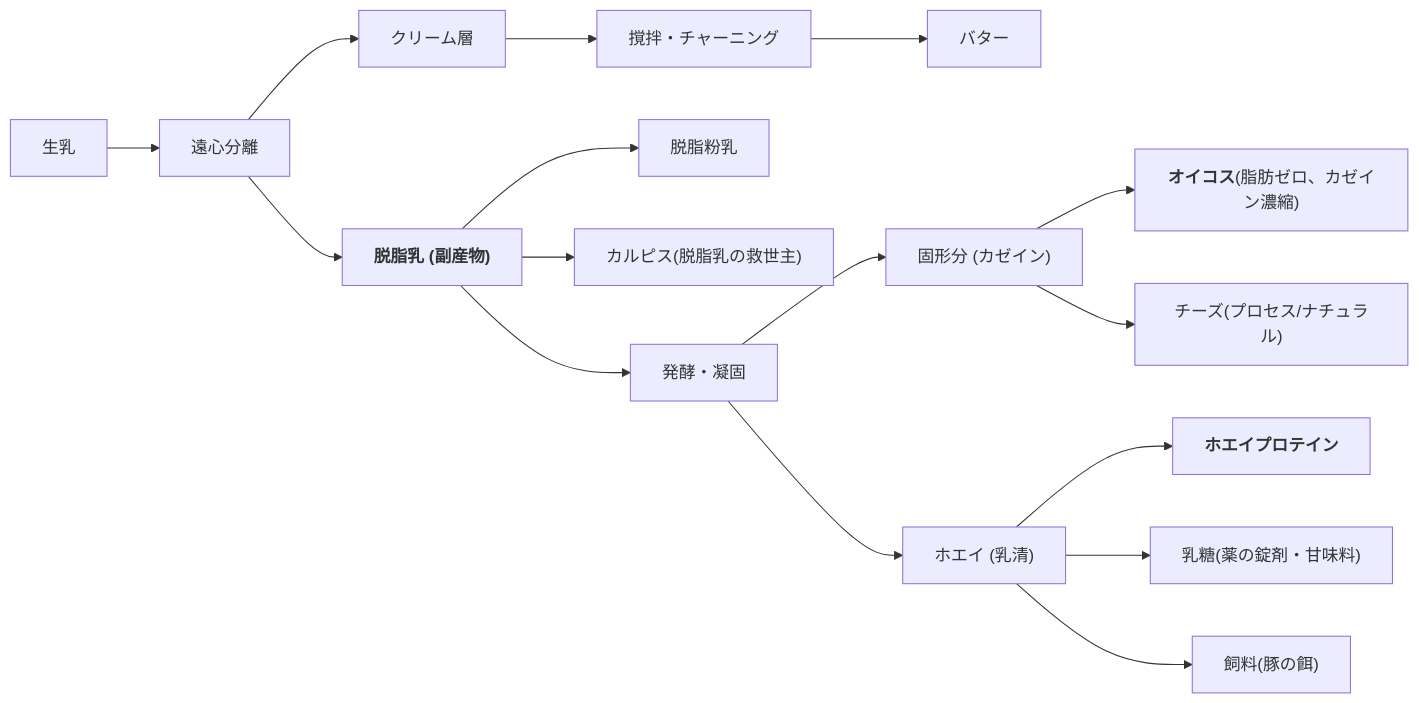
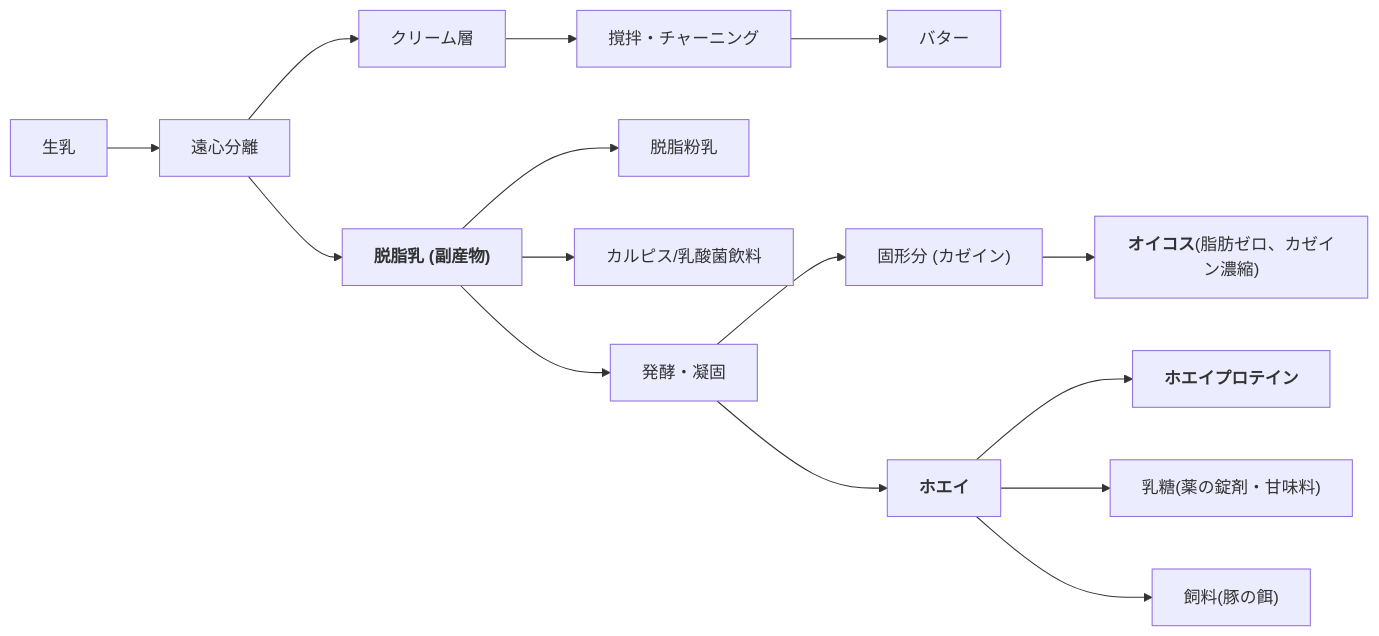
The first of 2 diagrams in README.md (ussyi-git/-), drawn with Mermaid before and after one commit.

````diff
--- a/README.md
+++ b/README.md
@@ -1,24 +1,23 @@
 ```mermaid
 graph LR
 Milk["生乳"]-->Separator["遠心分離"]
 %% --- クリーム側の流れ ---
 Separator-->Cream["クリーム層"]
 Cream-->ButterProcess["撹拌・チャーニング"]
 ButterProcess-->Butter["バター"]
 %% --- 脱脂乳側の流れ ---
 Separator-->SkimMilk["<b>脱脂乳 (副産物)</b>"]
 %% そのまま加工
 SkimMilk-->Powder["脱脂粉乳"]
-SkimMilk-->Calpis["カルピス(脱脂乳の救世主)"]
+SkimMilk-->Calpis["カルピス/乳酸菌飲料"]
 %% 発酵プロセスへ
 SkimMilk-->Ferment["発酵・凝固"]
 %% 固形分（カゼイン）の行方
 Ferment-->Curd["固形分 (カゼイン)"]
 Curd-->Oikos["<b>オイコス</b>(脂肪ゼロ、カゼイン濃縮)"]
-Curd-->Cheese["チーズ(プロセス/ナチュラル)"]
 %% 液体（ホエイ）の行方
-Ferment-->Whey["ホエイ (乳清)"]
+Ferment-->Whey["<b>ホエイ</b>"]
 Whey-->WPC_WPI["<b>ホエイプロテイン</b>"]
 Whey-->Lactose["乳糖(薬の錠剤・甘味料)"]
 Whey-->Cooking["飼料(豚の餌)"]
 ```
````
